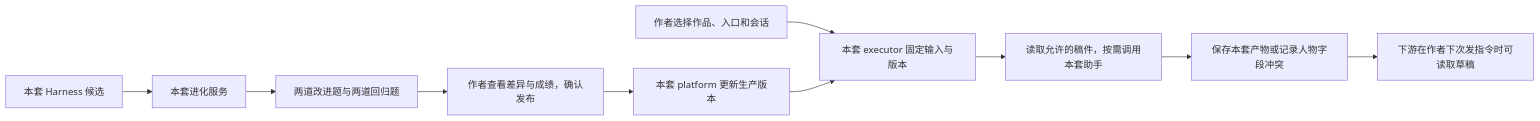
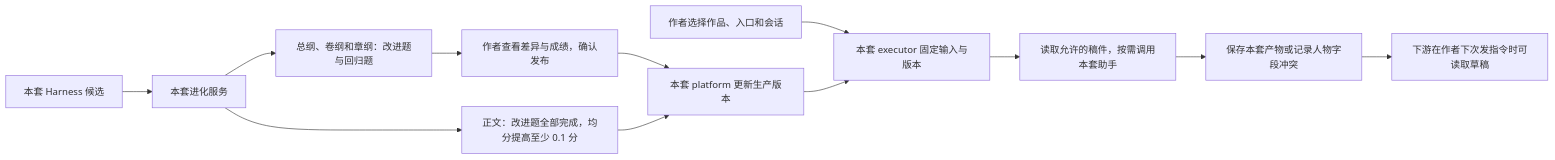
The first of 11 diagrams in docs/系统心智模型.md (gaoshoupaper-code/EvoWriter), drawn with Mermaid before and after one commit. The commit also changed other lines of this file and 19 other files, not shown here.

````diff
--- a/docs/系统心智模型.md
+++ b/docs/系统心智模型.md
@@ -21,12 +21,14 @@
 ```mermaid
 flowchart LR
   A["作者选择作品、入口和会话"] --> B["本套 executor 固定输入与版本"]
   B --> C["读取允许的稿件，按需调用本套助手"]
   C --> D["保存本套产物或记录人物字段冲突"]
   D --> E["下游在作者下次发指令时可读取草稿"]
   H["本套 Harness 候选"] --> I["本套进化服务"]
-  I --> J["两道改进题与两道回归题"]
+  I --> J["总纲、卷纲和章纲：改进题与回归题"]
   J --> K["作者查看差异与成绩，确认发布"]
   K --> L["本套 platform 更新生产版本"]
+  I --> M["正文：改进题全部完成，均分提高至少 0.1 分"]
+  M --> L
   L --> B
 ```
````
